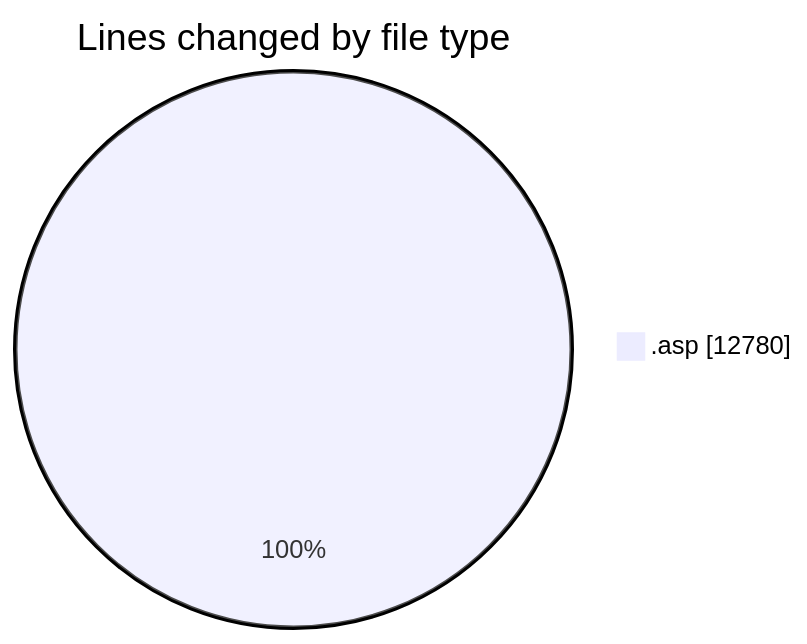
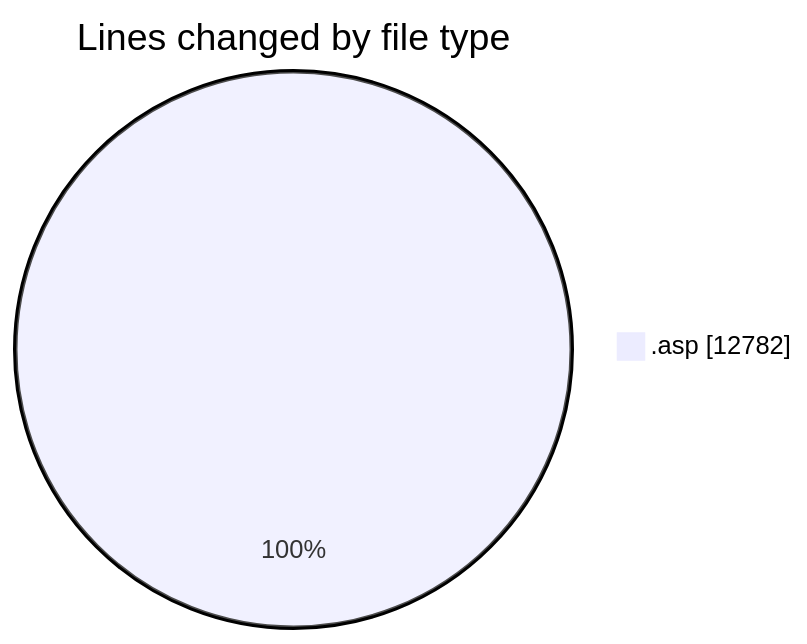
Before and after one commit to julien-gomy/code-tracking: the first of 2 diagrams in 2025-11-27/cdp_aleoudev_fr__workspace_/README.md, drawn with Mermaid. The commit also changed other lines of this file and 1 other file, not shown here.

````diff
--- a/2025-11-27/cdp_aleoudev_fr__workspace_/README.md
+++ b/2025-11-27/cdp_aleoudev_fr__workspace_/README.md
@@ -28,5 +28,5 @@
 ```mermaid
 pie showData
 title Lines changed by file type
-".asp" : 12780
+".asp" : 12782
 ```
````
